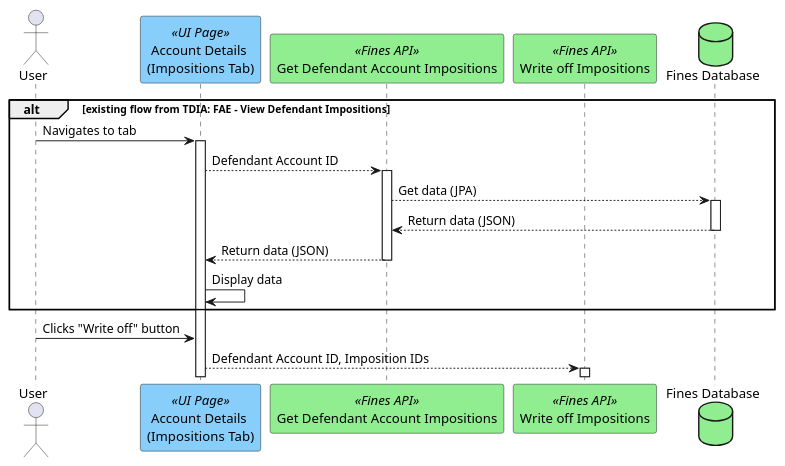
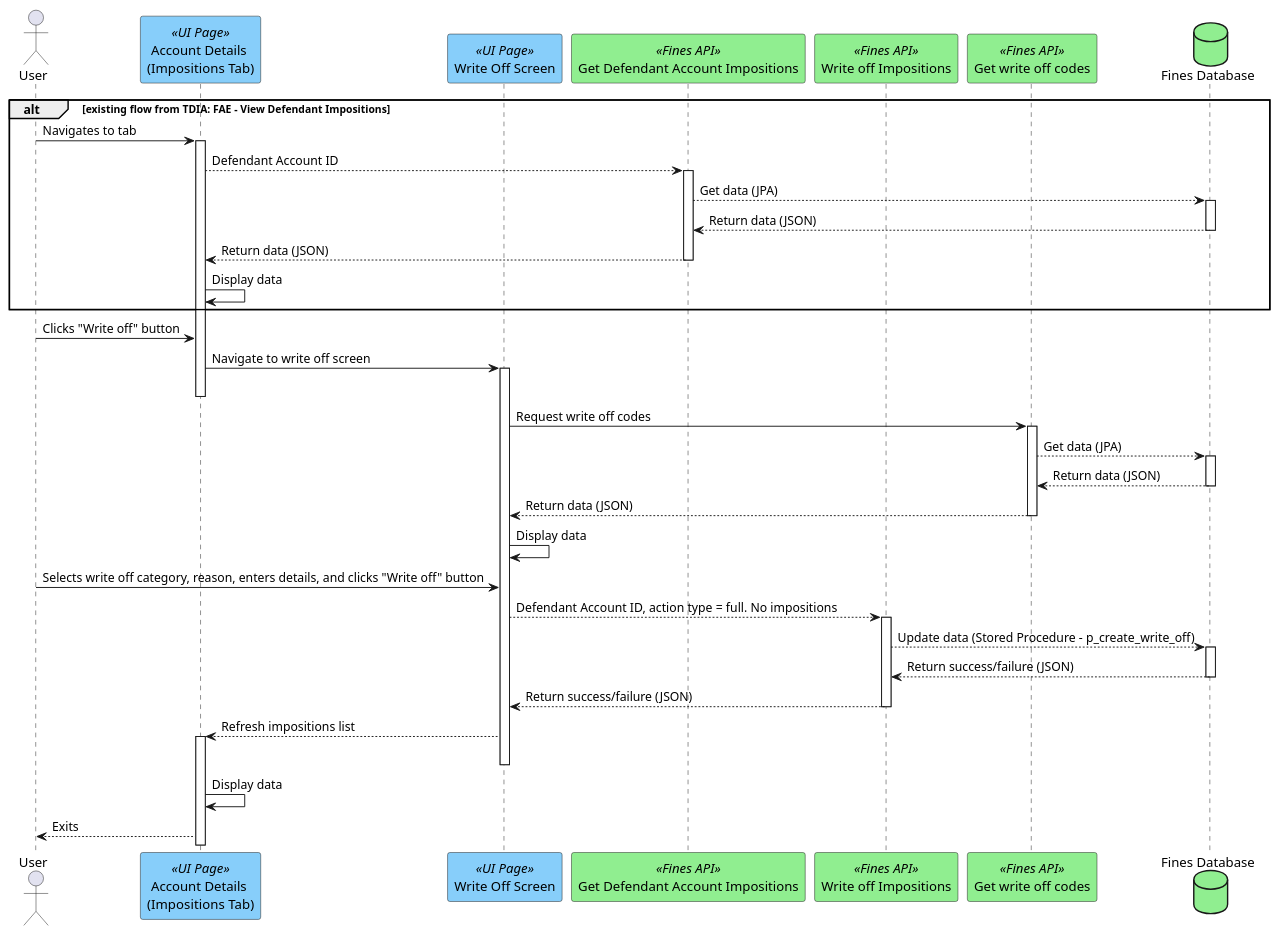
The diagram in plantUML/fae-defendant-impositions-write-off/fae-defendant-impositions-full-write-off.puml (hmcts/opal-docs), drawn with PlantUML before and after one commit. The commit also changed 1 other file, not shown here.

Commit message:
Updated write off

```diff
--- a/plantUML/fae-defendant-impositions-write-off/fae-defendant-impositions-full-write-off.puml
+++ b/plantUML/fae-defendant-impositions-write-off/fae-defendant-impositions-full-write-off.puml
@@ -1,19 +1,37 @@
 @startuml
 actor User
 participant "Account Details \n(Impositions Tab)" as viewImpositionsTab <<UI Page>> #lightskyblue
+participant "Write Off Screen" as viewWriteOffScreen <<UI Page>> #lightskyblue
 participant "Get Defendant Account Impositions" as getImpositions <<Fines API>> #lightgreen
 participant "Write off Impositions" as writeOffImpositions <<Fines API>> #lightgreen
+participant "Get write off codes" as getWriteOffCodes <<Fines API>> #lightgreen
 database "Fines Database" as db #lightgreen
 
 alt existing flow from TDIA: FAE - View Defendant Impositions
 User -> viewImpositionsTab ++ : Navigates to tab
 viewImpositionsTab --> getImpositions ++ : Defendant Account ID
 getImpositions --> db ++ : Get data (JPA)
 db --> getImpositions -- : Return data (JSON)
 getImpositions --> viewImpositionsTab --: Return data (JSON)
 viewImpositionsTab -> viewImpositionsTab : Display data
 getImpositions --
 end
 User -> viewImpositionsTab : Clicks "Write off" button
-viewImpositionsTab --> writeOffImpositions ++ : Defendant Account ID, Imposition IDs
+viewImpositionsTab -> viewWriteOffScreen ++ : Navigate to write off screen
+viewImpositionsTab--
+viewWriteOffScreen -> getWriteOffCodes ++ : Request write off codes
+getWriteOffCodes --> db ++ : Get data (JPA)
+db --> getWriteOffCodes -- : Return data (JSON)
+getWriteOffCodes --> viewWriteOffScreen -- : Return data (JSON)
+viewWriteOffScreen -> viewWriteOffScreen : Display data
+
+User -> viewWriteOffScreen : Selects write off category, reason, enters details, and clicks "Write off" button
+viewWriteOffScreen --> writeOffImpositions ++ : Defendant Account ID, action type = full. No impositions
+writeOffImpositions --> db ++ : Update data (Stored Procedure - p_create_write_off)
+db --> writeOffImpositions -- : Return success/failure (JSON)
+writeOffImpositions --> viewWriteOffScreen -- : Return success/failure (JSON)
+viewWriteOffScreen --> viewImpositionsTab ++ : Refresh impositions list
+viewWriteOffScreen--
+viewImpositionsTab -> viewImpositionsTab : Display data
+viewImpositionsTab --> User : Exits
 @enduml
```
